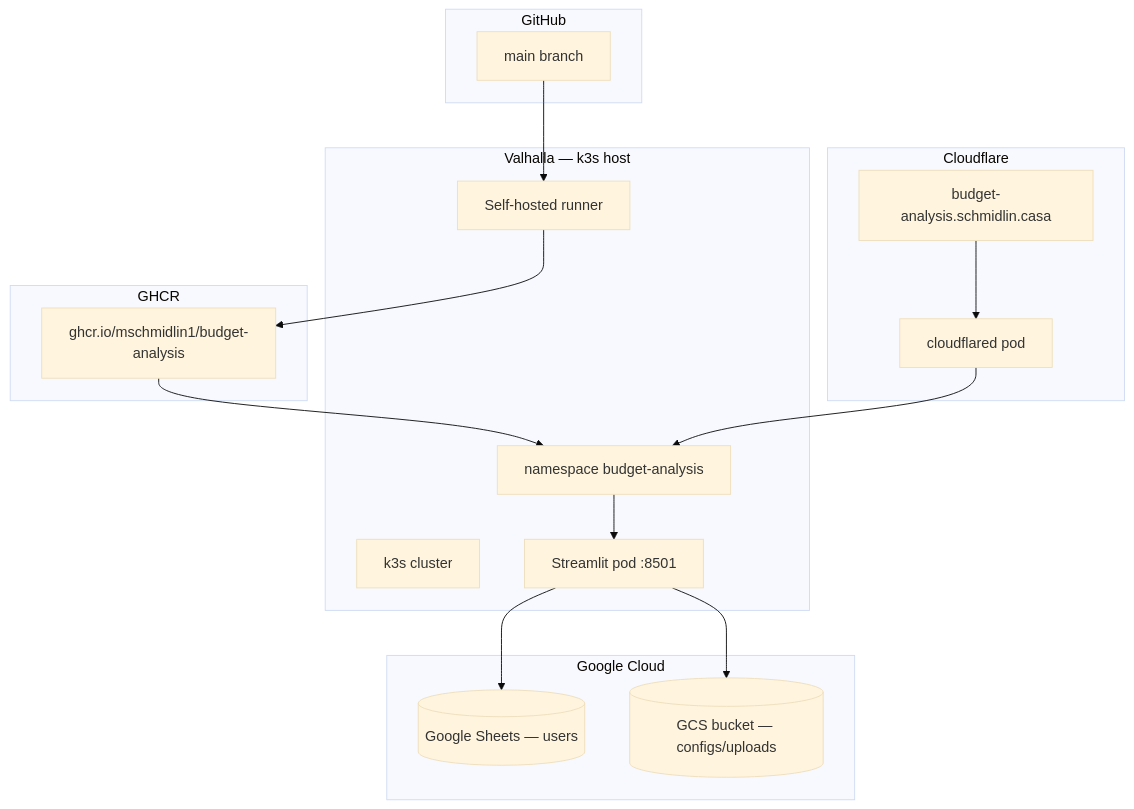
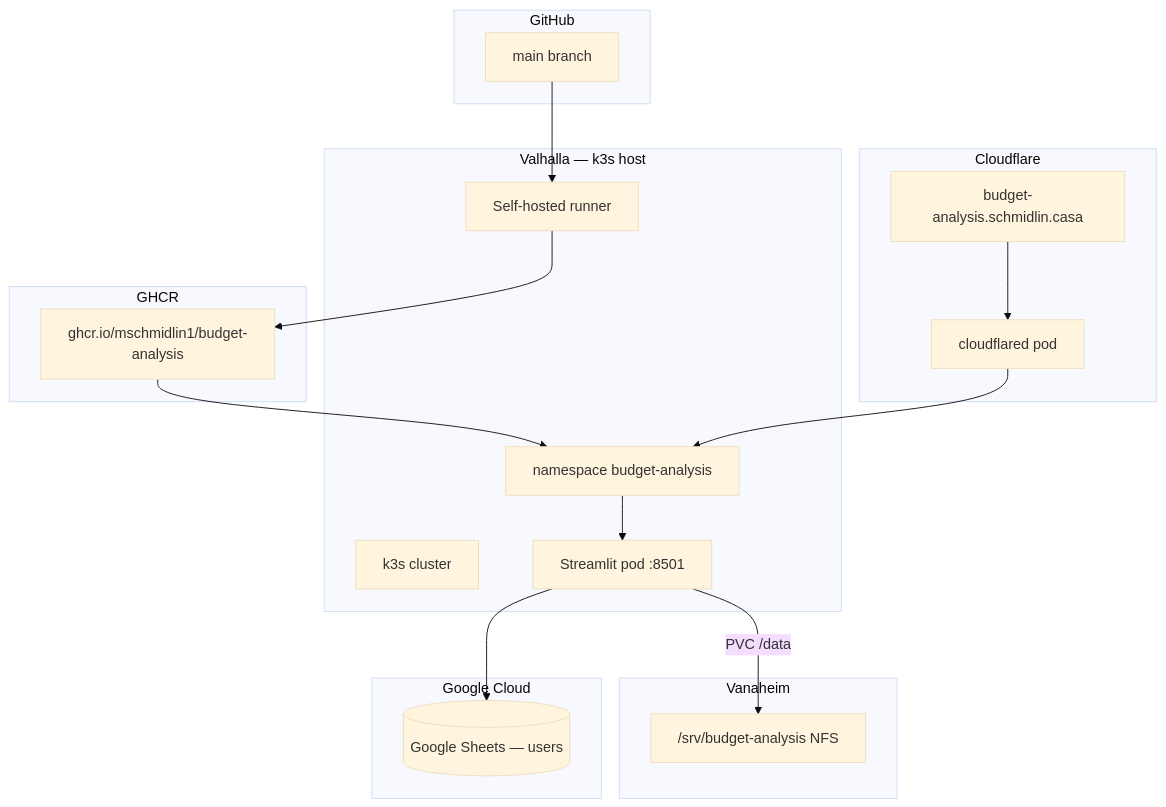
Before and after one commit to mschmidlin1/BudgetAnalysis: the diagram in docs/deployment.md, drawn with Mermaid (base theme). The commit also changed other lines of this file and 19 other files, not shown here.

````diff
--- a/docs/deployment.md
+++ b/docs/deployment.md
@@ -44,32 +44,35 @@
 ```mermaid
 flowchart TB
     subgraph git [GitHub]
         main[main branch]
     end
 
     subgraph valhalla [Valhalla — k3s host]
         runner[Self-hosted runner]
         k3s[k3s cluster]
         ns[namespace budget-analysis]
         pod[Streamlit pod :8501]
     end
 
+    subgraph vanaheim [Vanaheim]
+        nfs["/srv/budget-analysis NFS"]
+    end
+
     subgraph gcp [Google Cloud]
         sheets[(Google Sheets — users)]
-        gcs[(GCS bucket — configs/uploads)]
     end
 
     subgraph ghcr [GHCR]
         img["ghcr.io/mschmidlin1/budget-analysis"]
     end
 
     subgraph cf [Cloudflare]
         host[budget-analysis.schmidlin.casa]
         cfd[cloudflared pod]
     end
 
     main --> runner --> img --> ns --> pod
     pod --> sheets
-    pod --> gcs
+    pod -->|"PVC /data"| nfs
     host --> cfd --> ns
 ```
````
